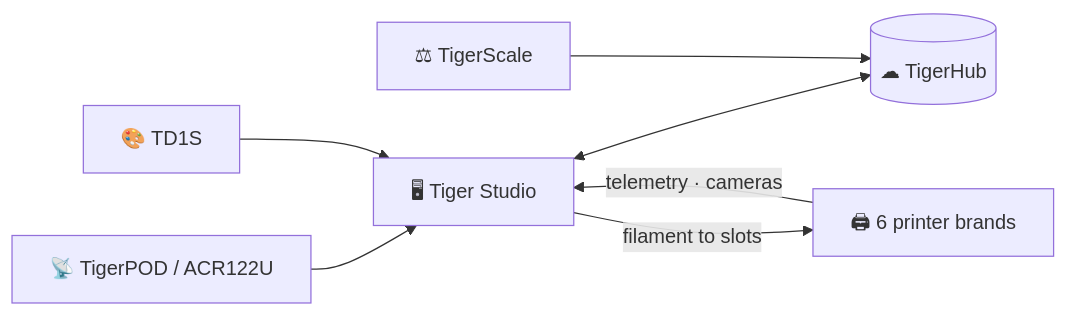
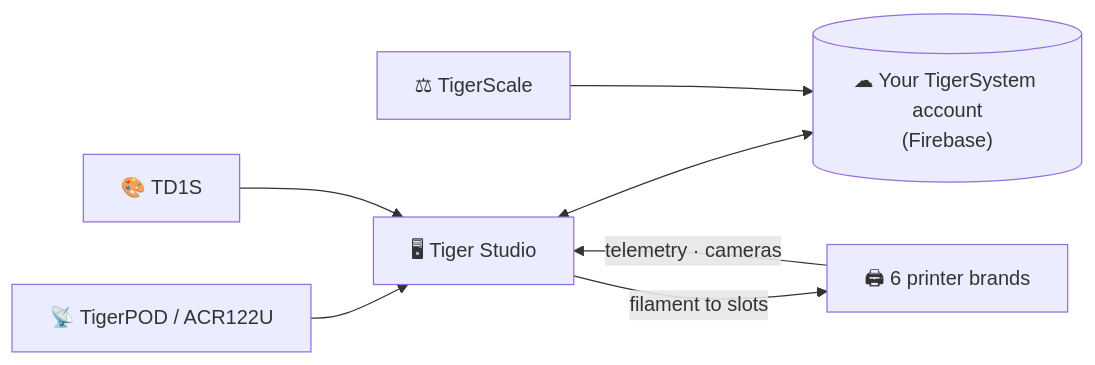
The diagram in docs/products/tiger-studio.md (TigerTag-Project/TigerSystem-Docs), drawn with Mermaid before and after one commit. The commit also changed 22 other files, not shown here.

Commit message:
Correct the TigerHub definition: TigerHub is the tigersystem.io web platform (showcase + social sandbox); the backend is plain, unbranded Firebase

````diff
--- a/docs/products/tiger-studio.md
+++ b/docs/products/tiger-studio.md
@@ -16,9 +16,9 @@
 ```mermaid
 flowchart LR
     RD["📡 TigerPOD / ACR122U"] --> ST["🖥 Tiger Studio"]
     TD["🎨 TD1S"] --> ST
-    ST <--> CLOUD[("☁ TigerHub")]
+    ST <--> CLOUD[("☁ Your TigerSystem account<br/>(Firebase)")]
     SCALE["⚖ TigerScale"] --> CLOUD
     ST -- "filament to slots" --> PRN["🖨 6 printer brands"]
     PRN -- "telemetry · cameras" --> ST
 ```
````
